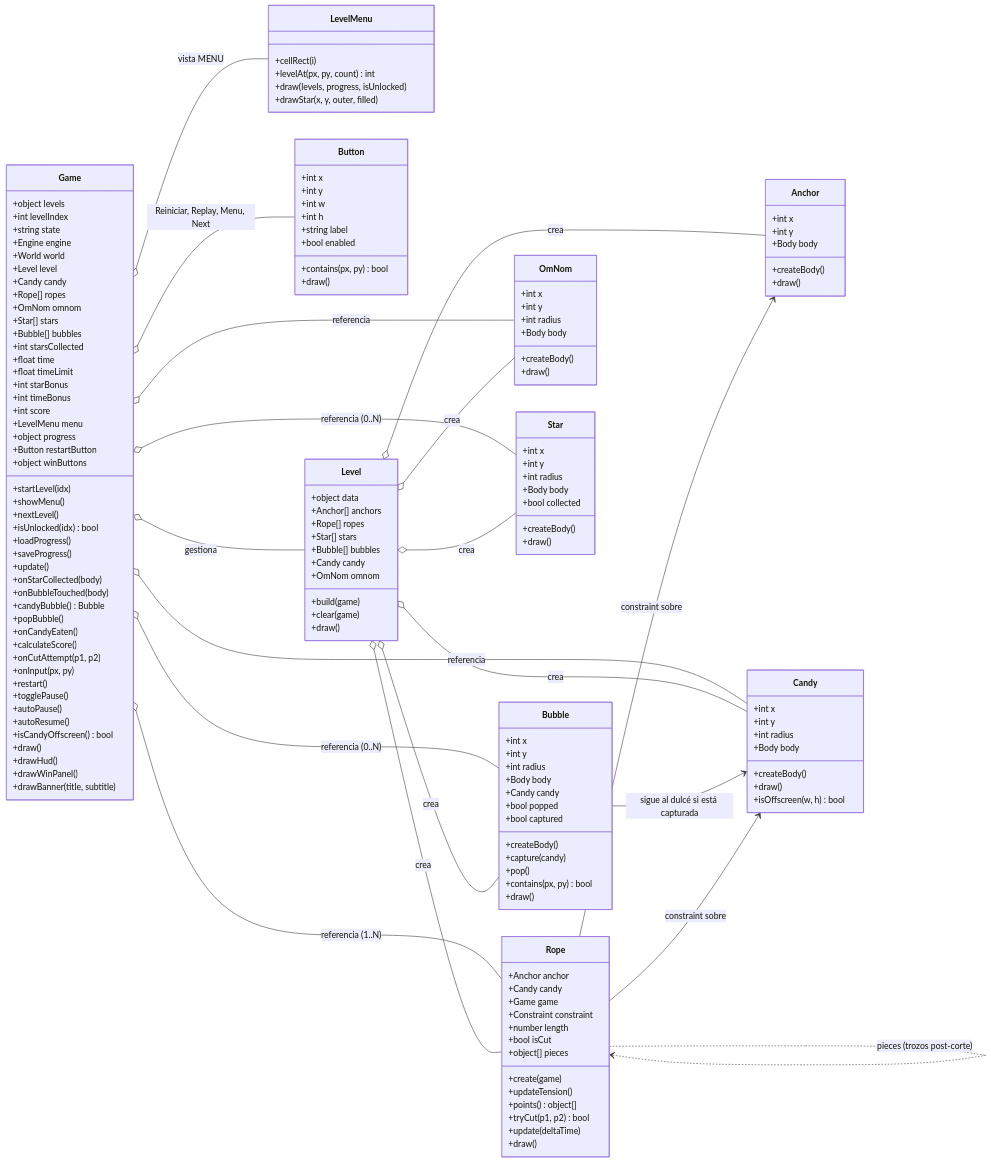
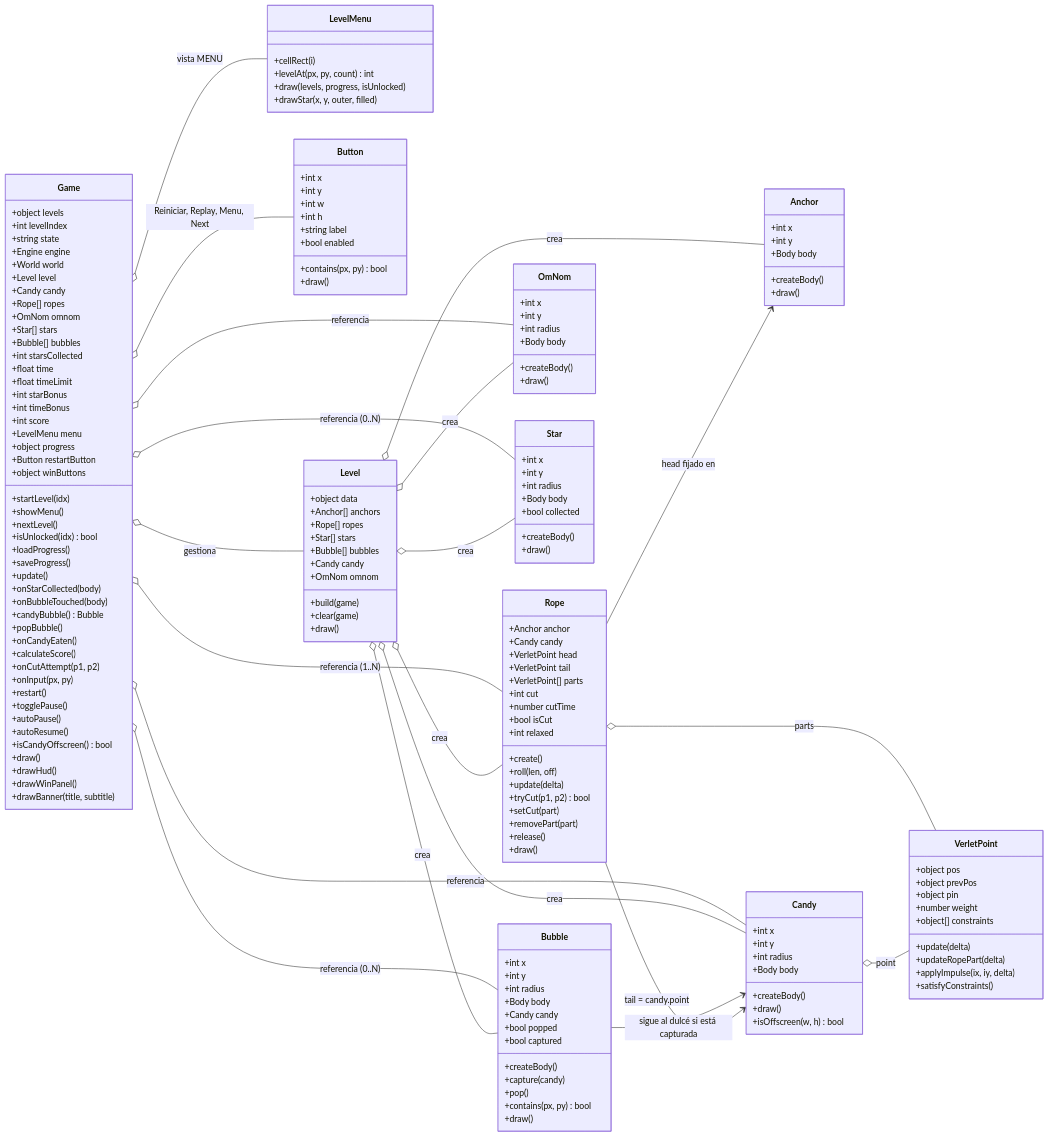
The third of 5 diagrams in docs/arquitectura-mvp.md (ShryhakAkizuki/Cut_The_Rope-Visual_Computing_2026-II), drawn with Mermaid before and after one commit. The commit also changed other lines of this file and 12 other files, not shown here.

````diff
--- a/docs/arquitectura-mvp.md
+++ b/docs/arquitectura-mvp.md
@@ -258,17 +259,33 @@
     class Rope {
         +Anchor anchor
         +Candy candy
-        +Game game
-        +Constraint constraint
-        +number length
+        +VerletPoint head
+        +VerletPoint tail
+        +VerletPoint[] parts
+        +int cut
+        +number cutTime
         +bool isCut
-        +object[] pieces
-        +create(game)
-        +updateTension()
-        +points() object[]
+        +int relaxed
+        +create()
+        +roll(len, off)
+        +update(delta)
         +tryCut(p1, p2) bool
-        +update(deltaTime)
+        +setCut(part)
+        +removePart(part)
+        +release()
         +draw()
+    }
+
+    class VerletPoint {
+        +object pos
+        +object prevPos
+        +object pin
+        +number weight
+        +object[] constraints
+        +update(delta)
+        +updateRopePart(delta)
+        +applyImpulse(ix, iy, delta)
+        +satisfyConstraints()
     }
 
     class OmNom {
@@ -320,7 +337,8 @@
     Level o-- Star : crea
     Level o-- Bubble : crea
     Bubble --> Candy : sigue al dulcé si está capturada
-    Rope --> Anchor : constraint sobre
-    Rope --> Candy : constraint sobre
-    Rope ..> Rope : pieces (trozos post-corte)
+    Rope --> Anchor : head fijado en
+    Rope o-- VerletPoint : parts
+    Rope --> Candy : tail = candy.point
+    Candy o-- VerletPoint : point
 ```
````
